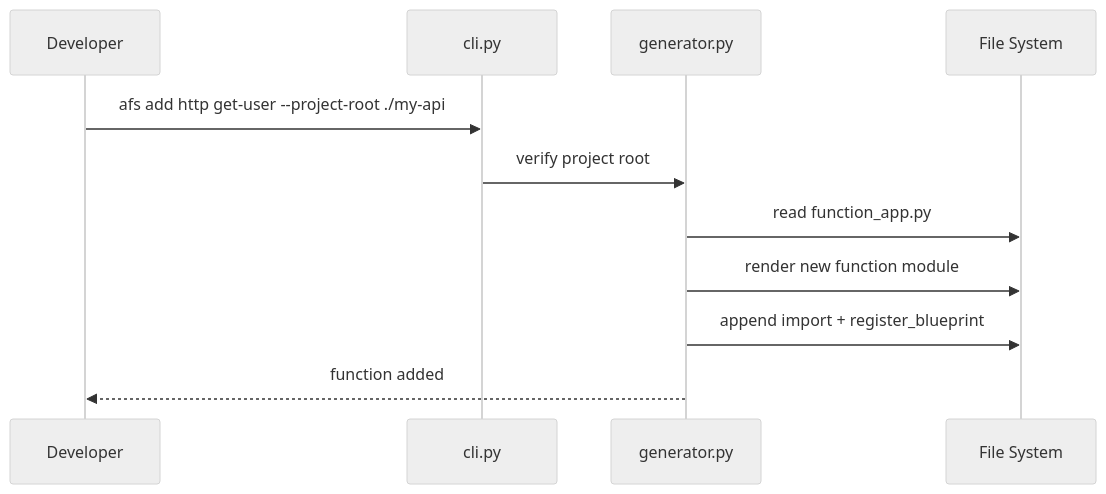
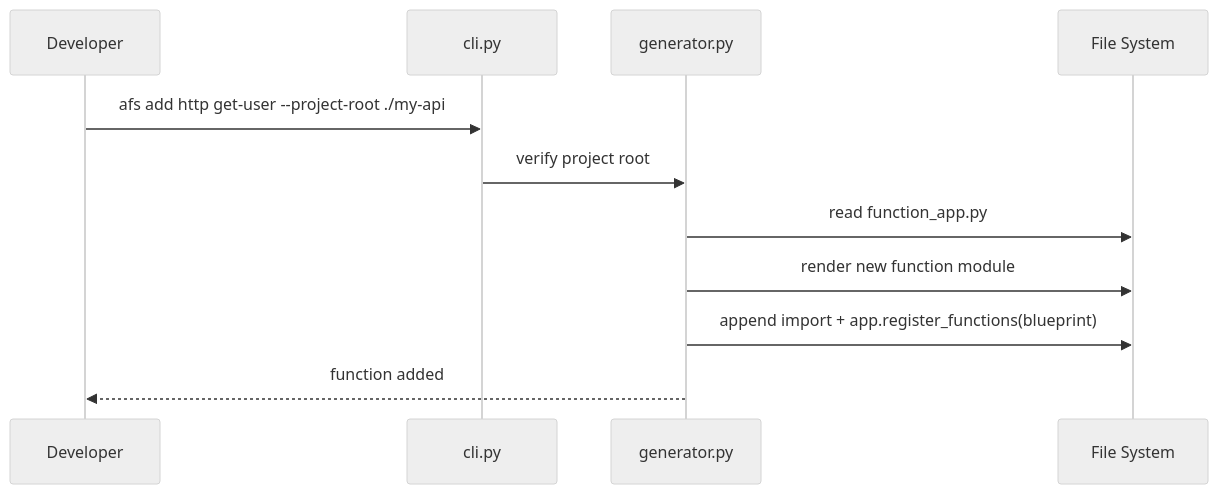
One commit to yeongseon/azure-functions-scaffold-python changed the third of 4 diagrams in docs/reference/architecture.md. Above: the diagram before and after it, drawn with Mermaid (neutral theme). The commit also changed other lines of this file, not shown here.

First line of the commit message:
docs: fix stale diagrams in architecture.md

````diff
--- a/docs/reference/architecture.md
+++ b/docs/reference/architecture.md
@@ -139,14 +142,14 @@
 ```mermaid
 sequenceDiagram
     participant Dev as Developer
     participant CLI as cli.py
     participant GEN as generator.py
     participant FS as File System
 
     Dev->>CLI: afs add http get-user --project-root ./my-api
     CLI->>GEN: verify project root
     GEN->>FS: read function_app.py
     GEN->>FS: render new function module
-    GEN->>FS: append import + register_blueprint
+    GEN->>FS: append import + app.register_functions(blueprint)
     GEN-->>Dev: function added
 ```
````
